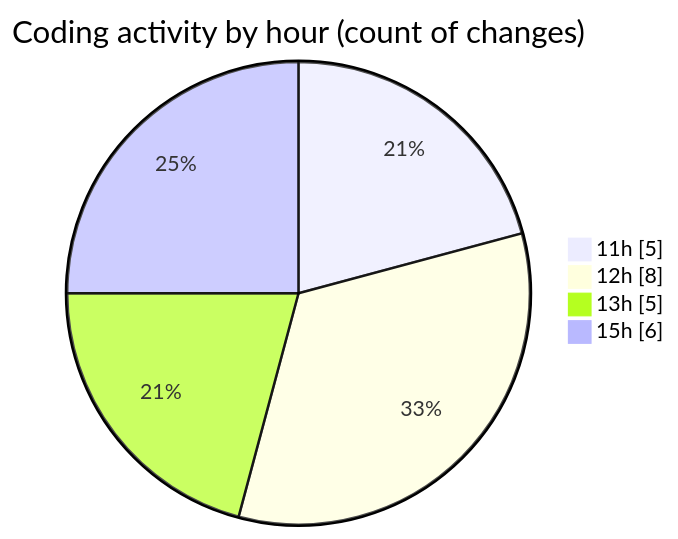
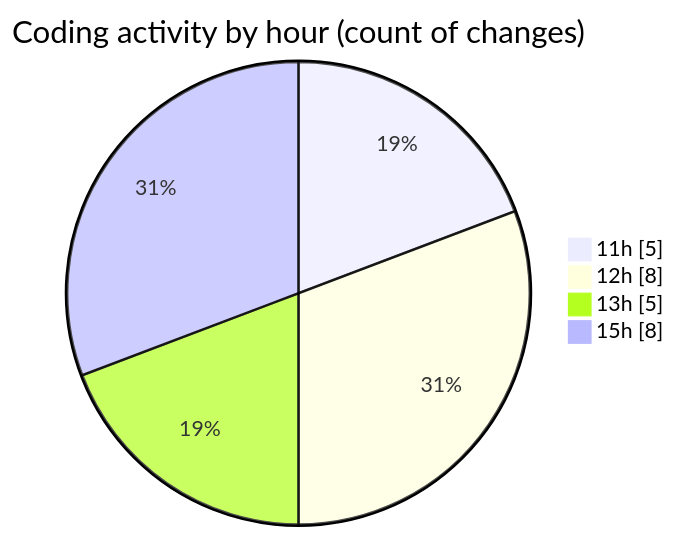
The second of 2 diagrams in 2026-01-15/nxtqube_webapp/README.md (nxtqubesakshisongat/code-tracking), drawn with Mermaid before and after one commit. The commit also changed other lines of this file and 1 other file, not shown here.

````diff
--- a/2026-01-15/nxtqube_webapp/README.md
+++ b/2026-01-15/nxtqube_webapp/README.md
@@ -34,8 +34,8 @@
 ```mermaid
 pie showData
 title Coding activity by hour (count of changes)
 "11h" : 5
 "12h" : 8
 "13h" : 5
-"15h" : 6
+"15h" : 8
 ```
````
